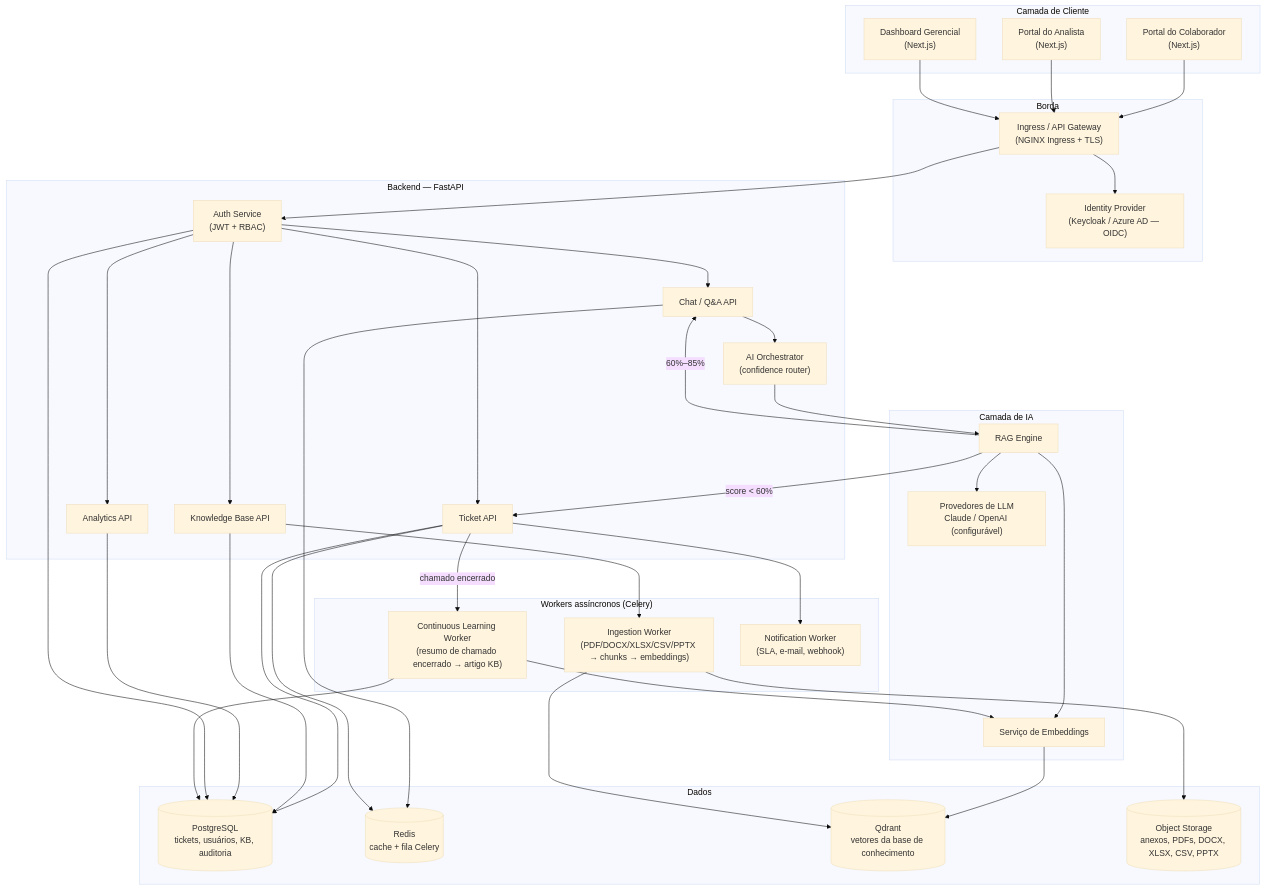
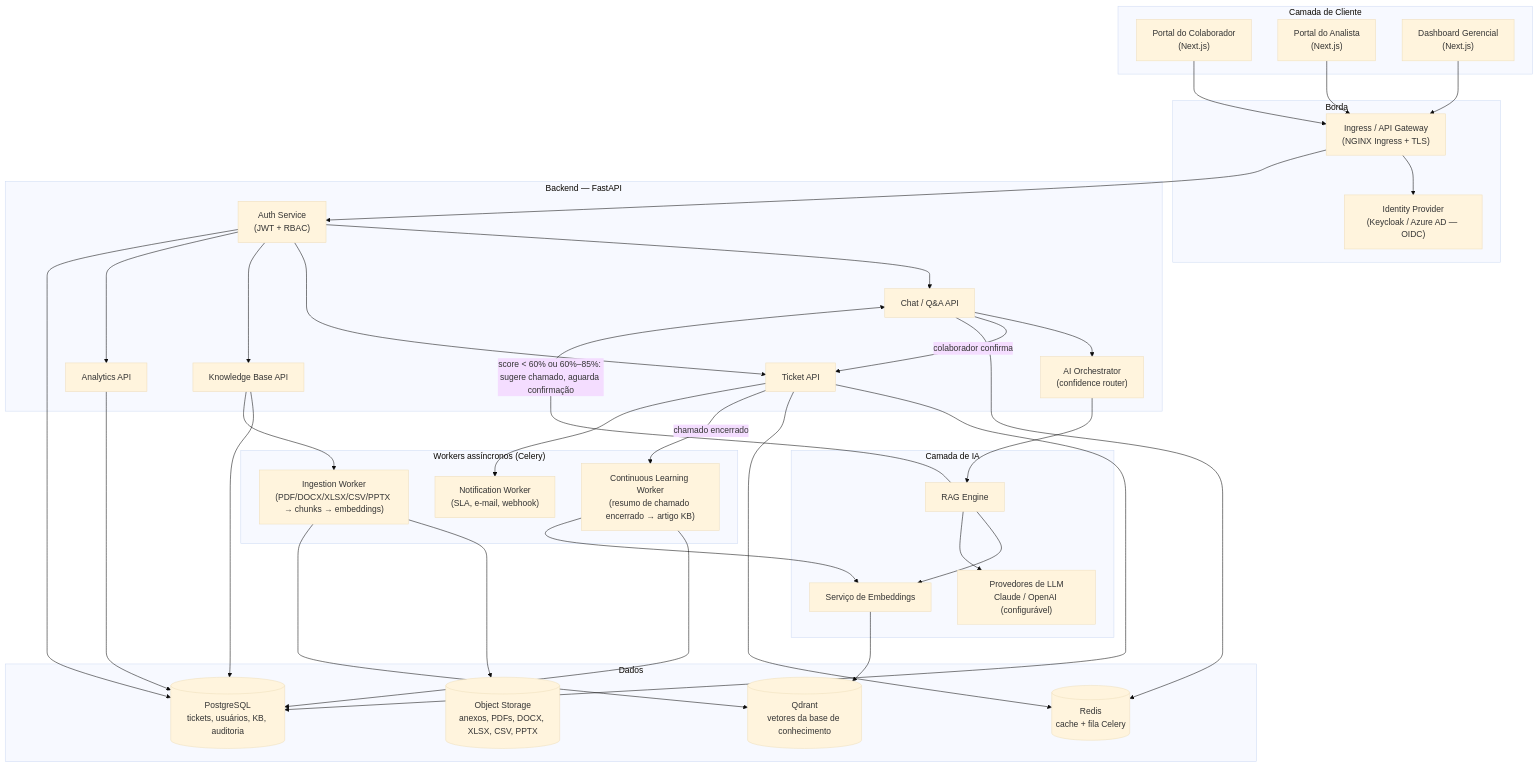
One commit to loamygoncalves/Sistema-de-Chamado-DP---IA changed the first of 4 diagrams in docs/ARCHITECTURE.md. Above: the diagram before and after it, drawn with Mermaid (base theme). The commit also changed other lines of this file and 38 other files, not shown here.

````diff
--- a/docs/ARCHITECTURE.md
+++ b/docs/ARCHITECTURE.md
@@ -12,70 +12,70 @@
 ```mermaid
 flowchart TB
     subgraph Client["Camada de Cliente"]
         Portal["Portal do Colaborador<br/>(Next.js)"]
         Analyst["Portal do Analista<br/>(Next.js)"]
         Dash["Dashboard Gerencial<br/>(Next.js)"]
     end
 
     subgraph Edge["Borda"]
         IngressGW["Ingress / API Gateway<br/>(NGINX Ingress + TLS)"]
         SSO["Identity Provider<br/>(Keycloak / Azure AD — OIDC)"]
     end
 
     subgraph API["Backend — FastAPI"]
         Auth["Auth Service<br/>(JWT + RBAC)"]
         ChatAPI["Chat / Q&A API"]
         TicketAPI["Ticket API"]
         KBAPI["Knowledge Base API"]
         DashAPI["Analytics API"]
         Orchestrator["AI Orchestrator<br/>(confidence router)"]
     end
 
     subgraph AI["Camada de IA"]
         RAG["RAG Engine"]
         Providers["Provedores de LLM<br/>Claude / OpenAI (configurável)"]
         Embedder["Serviço de Embeddings"]
     end
 
     subgraph Data["Dados"]
         PG[("PostgreSQL<br/>tickets, usuários, KB, auditoria")]
         Redis[("Redis<br/>cache + fila Celery")]
         Qdrant[("Qdrant<br/>vetores da base de conhecimento")]
         Blob[("Object Storage<br/>anexos, PDFs, DOCX, XLSX, CSV, PPTX")]
     end
 
     subgraph Workers["Workers assíncronos (Celery)"]
         Ingest["Ingestion Worker<br/>(PDF/DOCX/XLSX/CSV/PPTX → chunks → embeddings)"]
         Learn["Continuous Learning Worker<br/>(resumo de chamado encerrado → artigo KB)"]
         Notify["Notification Worker<br/>(SLA, e-mail, webhook)"]
     end
 
     Portal --> IngressGW
     Analyst --> IngressGW
     Dash --> IngressGW
     IngressGW --> SSO
     IngressGW --> Auth
     Auth --> ChatAPI & TicketAPI & KBAPI & DashAPI
 
     ChatAPI --> Orchestrator
     Orchestrator --> RAG
     RAG --> Embedder --> Qdrant
     RAG --> Providers
-    RAG -->|score < 60%| TicketAPI
-    RAG -->|"60%–85%"| ChatAPI
+    RAG -->|"score < 60% ou 60%–85%: sugere chamado, aguarda confirmação"| ChatAPI
+    ChatAPI -->|colaborador confirma| TicketAPI
 
     TicketAPI --> PG
     KBAPI --> PG
     DashAPI --> PG
     Auth --> PG
     ChatAPI --> Redis
     TicketAPI --> Redis
 
     TicketAPI -->|chamado encerrado| Learn
     Learn --> PG
     Learn --> Embedder
     KBAPI --> Ingest
     Ingest --> Blob
     Ingest --> Qdrant
     TicketAPI --> Notify
 ```
````
